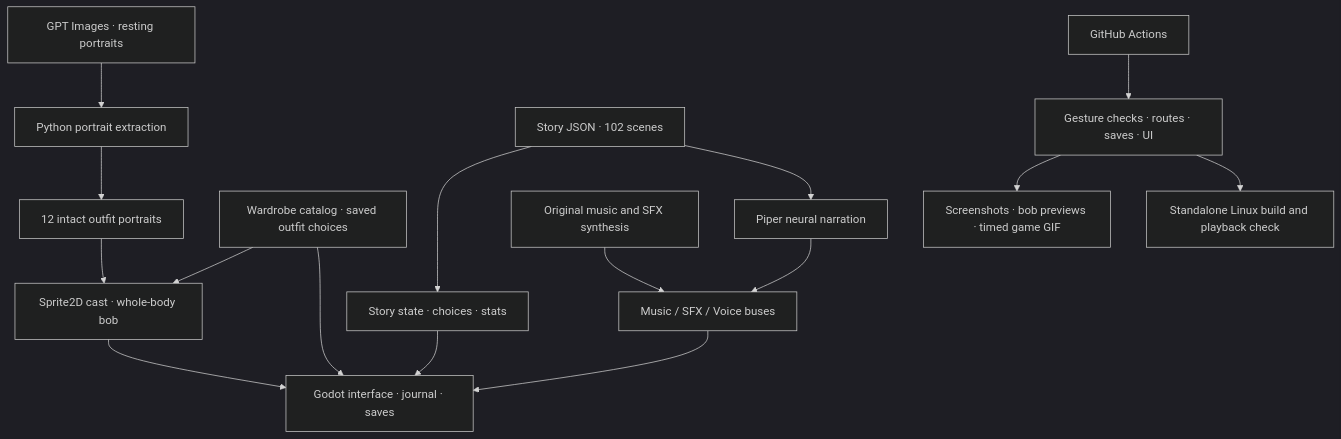
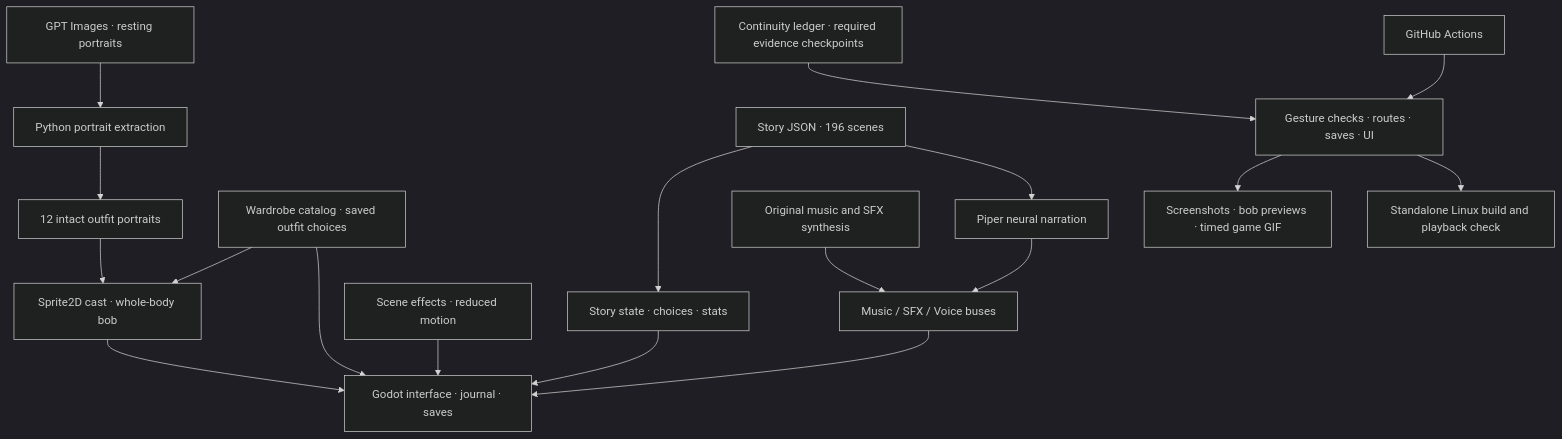
One commit to jgyy/octxian changed the diagram in README.md. Above: the diagram before and after it, drawn with Mermaid (dark theme). The commit also changed other lines of this file and 1 other file, not shown here.

````diff
--- a/README.md
+++ b/README.md
@@ -123,18 +137,20 @@
 ```mermaid
 flowchart TD
     GPT["GPT Images · resting portraits"] --> Prep["Python portrait extraction"]
     Prep --> Portraits["12 intact outfit portraits"]
     Portraits --> Cast["Sprite2D cast · whole-body bob"]
-    JSON["Story JSON · 102 scenes"] --> State["Story state · choices · stats"]
+    JSON["Story JSON · 196 scenes"] --> State["Story state · choices · stats"]
+    Canon["Continuity ledger · required evidence checkpoints"] --> Verify
+    Effects["Scene effects · reduced motion"] --> UI
     State --> UI["Godot interface · journal · saves"]
     Wardrobe["Wardrobe catalog · saved outfit choices"] --> Cast
     Wardrobe --> UI
     Cast --> UI
     JSON --> Piper["Piper neural narration"]
     Synth["Original music and SFX synthesis"] --> Audio["Music / SFX / Voice buses"]
     Piper --> Audio
     Audio --> UI
     CI["GitHub Actions"] --> Verify["Gesture checks · routes · saves · UI"]
     Verify --> Capture["Screenshots · bob previews · timed game GIF"]
     Verify --> Build["Standalone Linux build and playback check"]
 ```
````
